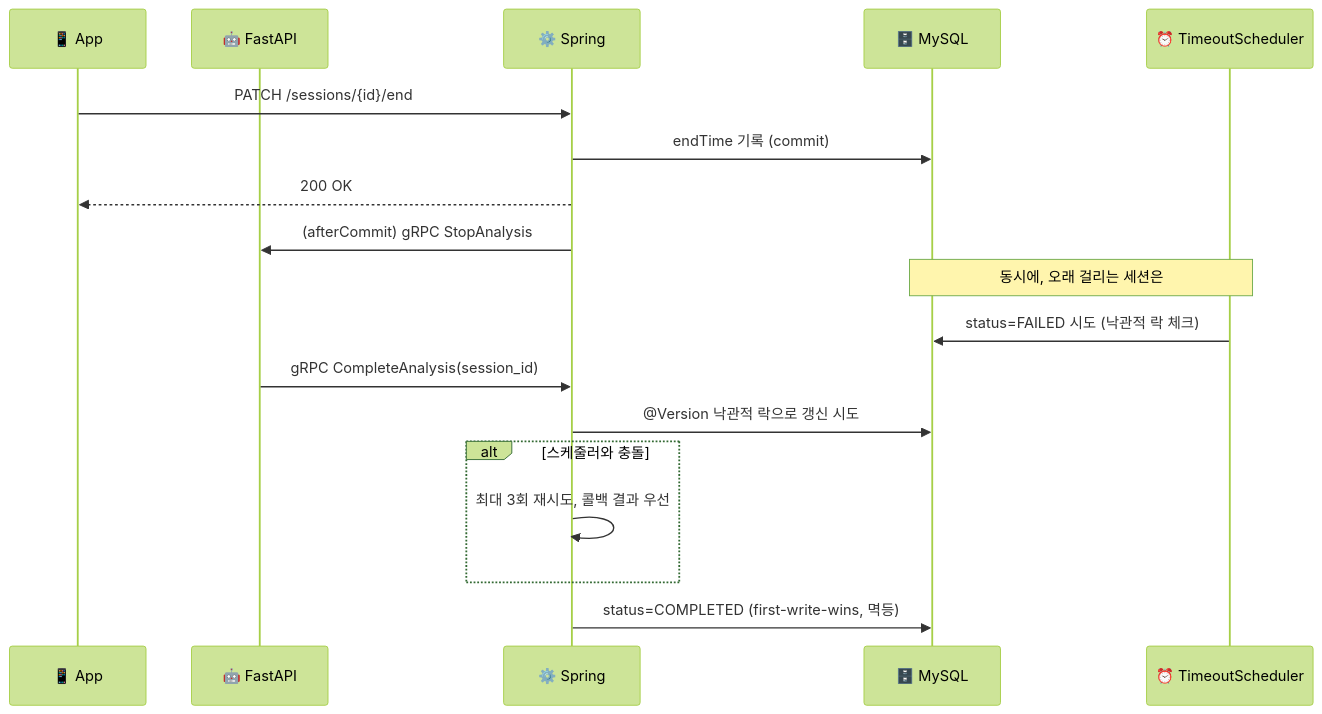
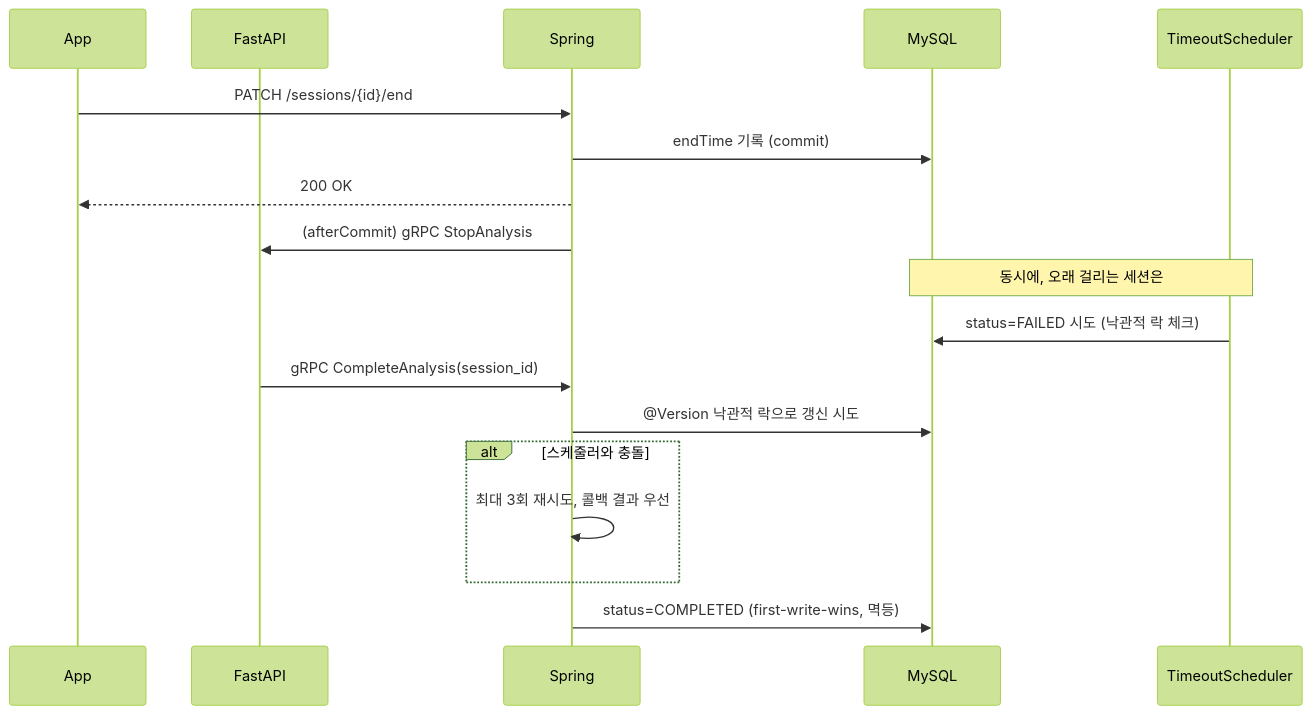
The third of 3 diagrams in backend/README.md (Shadowfit/init), drawn with Mermaid (forest theme) before and after one commit. The commit also changed other lines of this file, not shown here.

Commit message:
docs(backend): mermaid 다이어그램 아이콘 이모지 제거

````diff
--- a/backend/README.md
+++ b/backend/README.md
@@ -93,23 +93,23 @@
 ```mermaid
 sequenceDiagram
-    participant App as 📱 App
-    participant AI as 🤖 FastAPI
-    participant BE as ⚙️ Spring
-    participant DB as 🗄️ MySQL
-    participant T as ⏰ TimeoutScheduler
+    participant App as App
+    participant AI as FastAPI
+    participant BE as Spring
+    participant DB as MySQL
+    participant T as TimeoutScheduler
 
     App->>BE: PATCH /sessions/{id}/end
     BE->>DB: endTime 기록 (commit)
     BE-->>App: 200 OK
     BE->>AI: (afterCommit) gRPC StopAnalysis
 
     Note over T,DB: 동시에, 오래 걸리는 세션은
     T->>DB: status=FAILED 시도 (낙관적 락 체크)
 
     AI->>BE: gRPC CompleteAnalysis(session_id)
     BE->>DB: @Version 낙관적 락으로 갱신 시도
     alt 스케줄러와 충돌
         BE->>BE: 최대 3회 재시도, 콜백 결과 우선
     end
     BE->>DB: status=COMPLETED (first-write-wins, 멱등)
 ```
````
